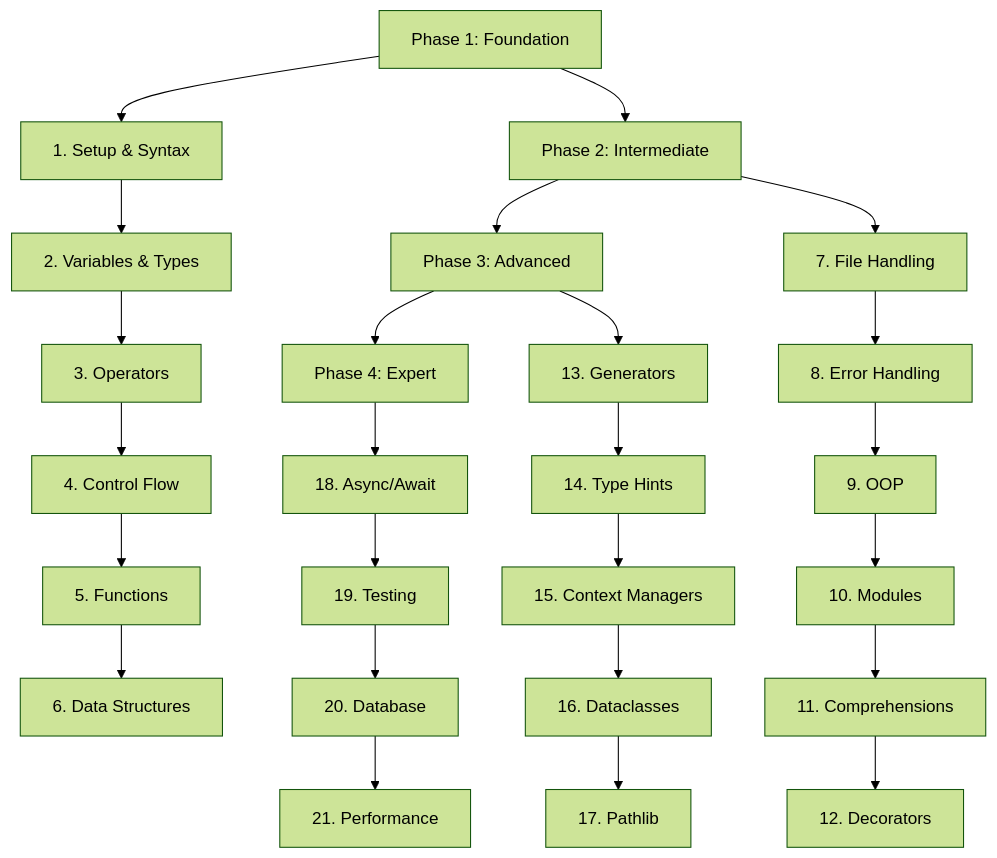
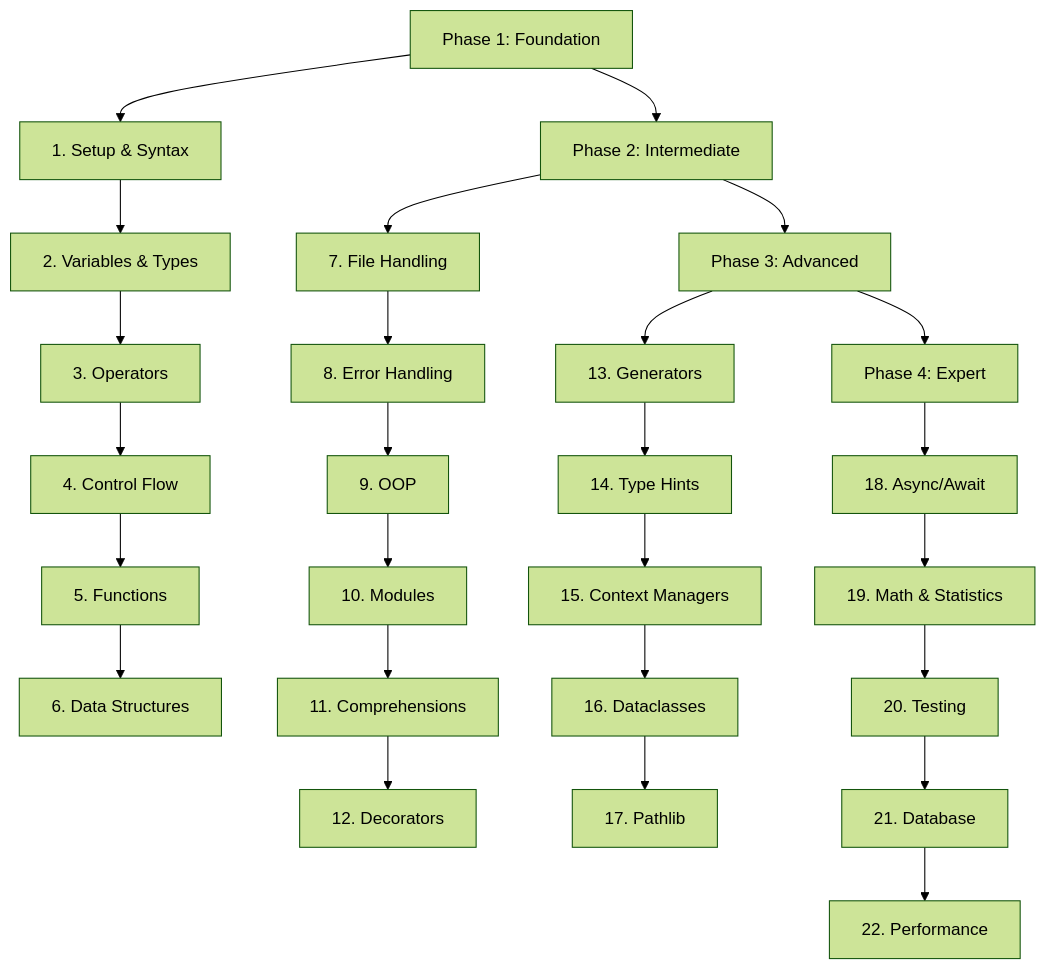
Before and after one commit to mayankpriy/Python-Dojo: the diagram in python_roadmap_2025.md, drawn with Mermaid (forest theme). The commit also changed other lines of this file, not shown here.

Commit message:
fix: Resolve mermaid graph rendering issue and update topic count
- Fix mermaid graph syntax to prevent 'Unsupported markdown: list' error
- Update topic count from 21 to 22 topics
- Correct phase descriptions and milestone table
- Ensure proper graph rendering in markdown previews

````diff
--- a/python_roadmap_2025.md
+++ b/python_roadmap_2025.md
@@ -71,39 +71,61 @@
 ```mermaid
 graph TD
     A[Phase 1: Foundation]
     B[Phase 2: Intermediate]
     C[Phase 3: Advanced]
     D[Phase 4: Expert]
 
     A --> B --> C --> D
 
     A1[1. Setup & Syntax]
     A2[2. Variables & Types]
     A3[3. Operators]
     A4[4. Control Flow]
     A5[5. Functions]
     A6[6. Data Structures]
 
     B1[7. File Handling]
     B2[8. Error Handling]
     B3[9. OOP]
     B4[10. Modules]
     B5[11. Comprehensions]
     B6[12. Decorators]
 
     C1[13. Generators]
     C2[14. Type Hints]
     C3[15. Context Managers]
     C4[16. Dataclasses]
     C5[17. Pathlib]
 
     D1[18. Async/Await]
-    D2[19. Testing]
-    D3[20. Database]
-    D4[21. Performance]
+    D2[19. Math & Statistics]
+    D3[20. Testing]
+    D4[21. Database]
+    D5[22. Performance]
 
-    A --> A1 --> A2 --> A3 --> A4 --> A5 --> A6
-    B --> B1 --> B2 --> B3 --> B4 --> B5 --> B6
-    C --> C1 --> C2 --> C3 --> C4 --> C5
-    D --> D1 --> D2 --> D3 --> D4
+    A --> A1
+    A1 --> A2
+    A2 --> A3
+    A3 --> A4
+    A4 --> A5
+    A5 --> A6
+
+    B --> B1
+    B1 --> B2
+    B2 --> B3
+    B3 --> B4
+    B4 --> B5
+    B5 --> B6
+
+    C --> C1
+    C1 --> C2
+    C2 --> C3
+    C3 --> C4
+    C4 --> C5
+
+    D --> D1
+    D1 --> D2
+    D2 --> D3
+    D3 --> D4
+    D4 --> D5
 ```
````
